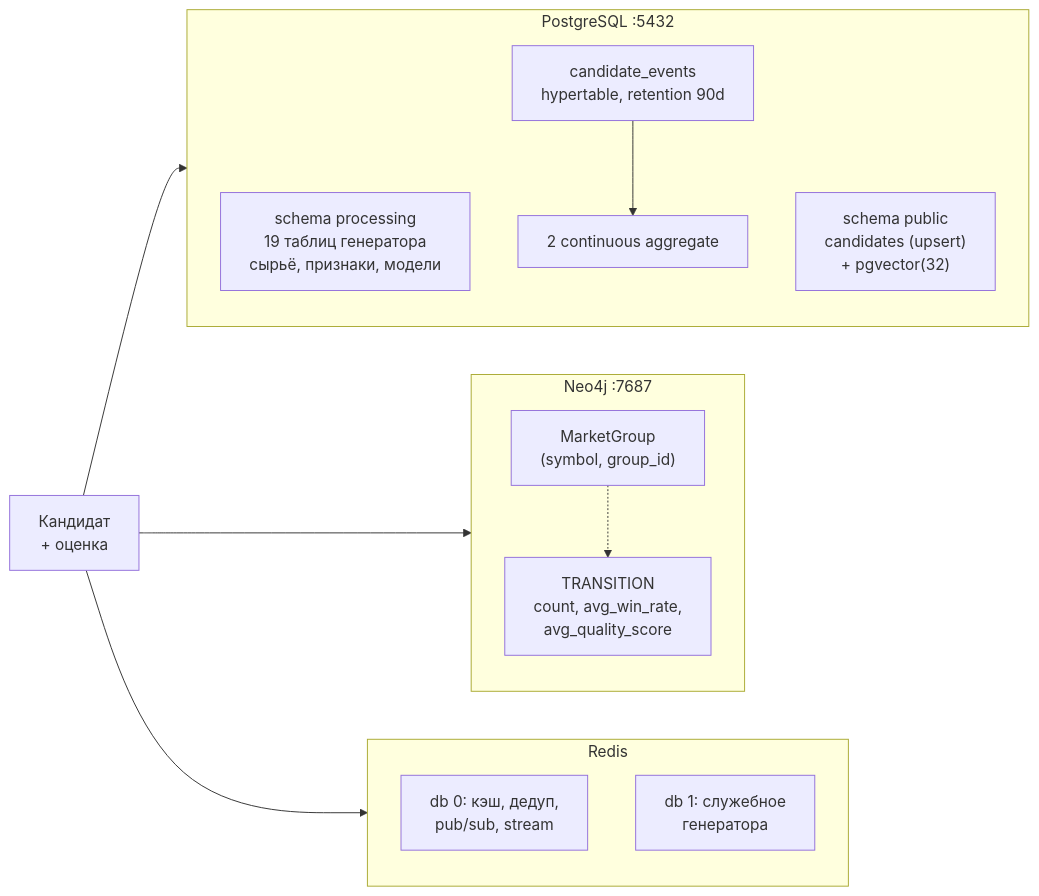
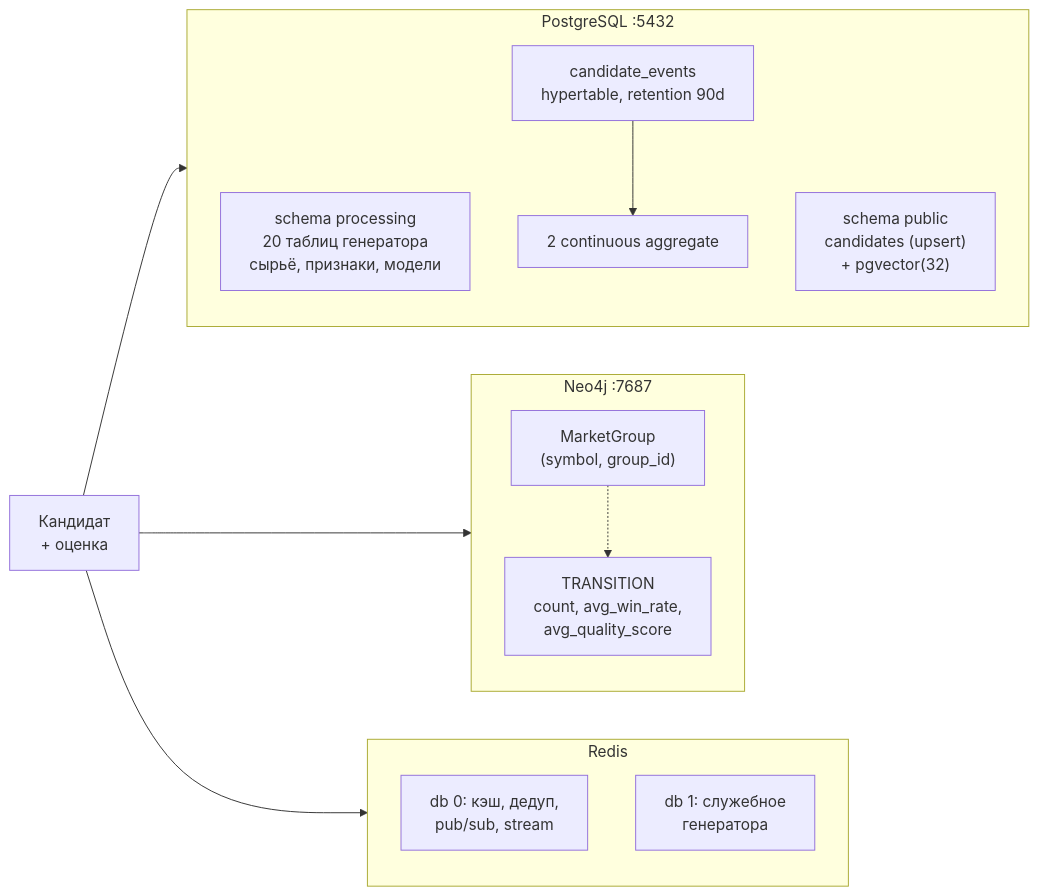
Before and after one commit to research-invest/cryptograph: the diagram in docs/book/04-hranilishcha.md, drawn with Mermaid. The commit also changed other lines of this file and 47 other files, not shown here.

````diff
--- a/docs/book/04-hranilishcha.md
+++ b/docs/book/04-hranilishcha.md
@@ -14,22 +14,22 @@
 ```mermaid
 flowchart LR
     C["Кандидат<br/>+ оценка"] --> PG
     C --> N4
     C --> RD
     subgraph PG["PostgreSQL :5432"]
-        P1["schema processing<br/>19 таблиц генератора<br/>сырьё, признаки, модели"]
+        P1["schema processing<br/>20 таблиц генератора<br/>сырьё, признаки, модели"]
         P2["schema public<br/>candidates (upsert)<br/>+ pgvector(32)"]
         P3["candidate_events<br/>hypertable, retention 90d"]
         P4["2 continuous aggregate"]
         P3 --> P4
     end
     subgraph N4["Neo4j :7687"]
         G1["MarketGroup<br/>(symbol, group_id)"]
         G2["TRANSITION<br/>count, avg_win_rate,<br/>avg_quality_score"]
         G1 -.-> G2
     end
     subgraph RD["Redis"]
         R1["db 0: кэш, дедуп,<br/>pub/sub, stream"]
         R2["db 1: служебное<br/>генератора"]
     end
 ```
````
